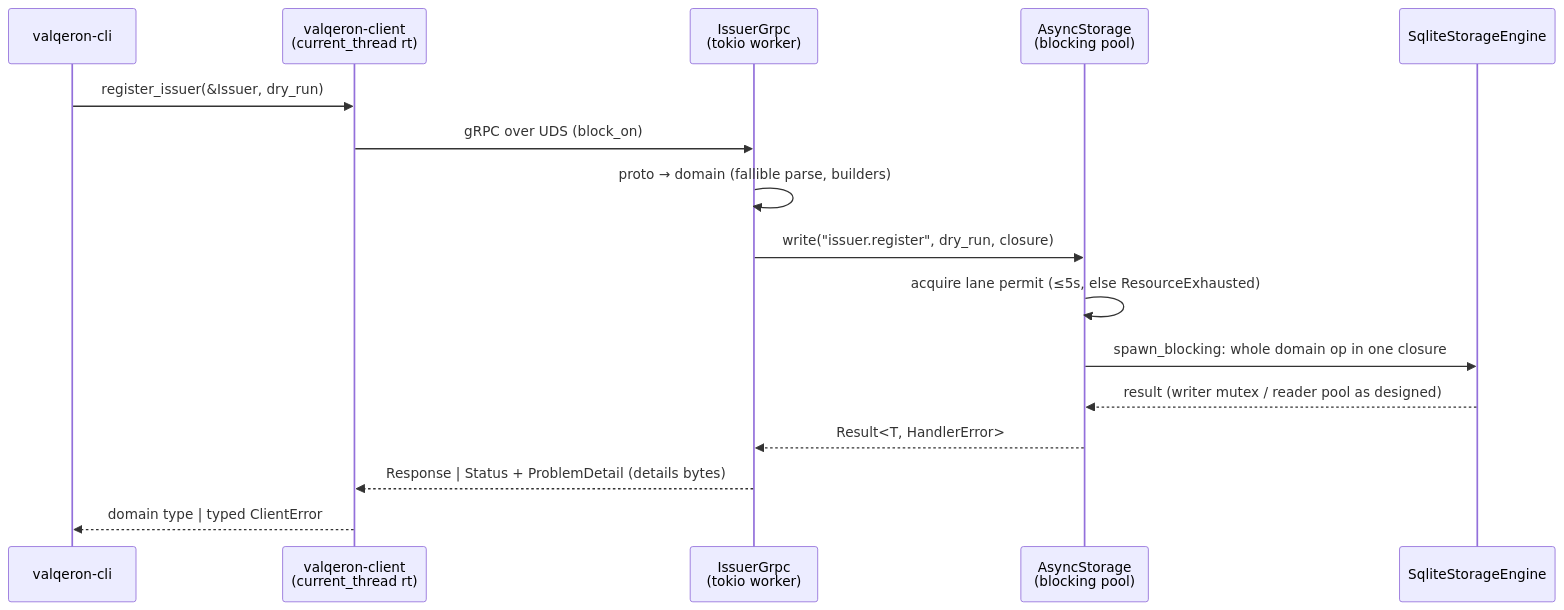
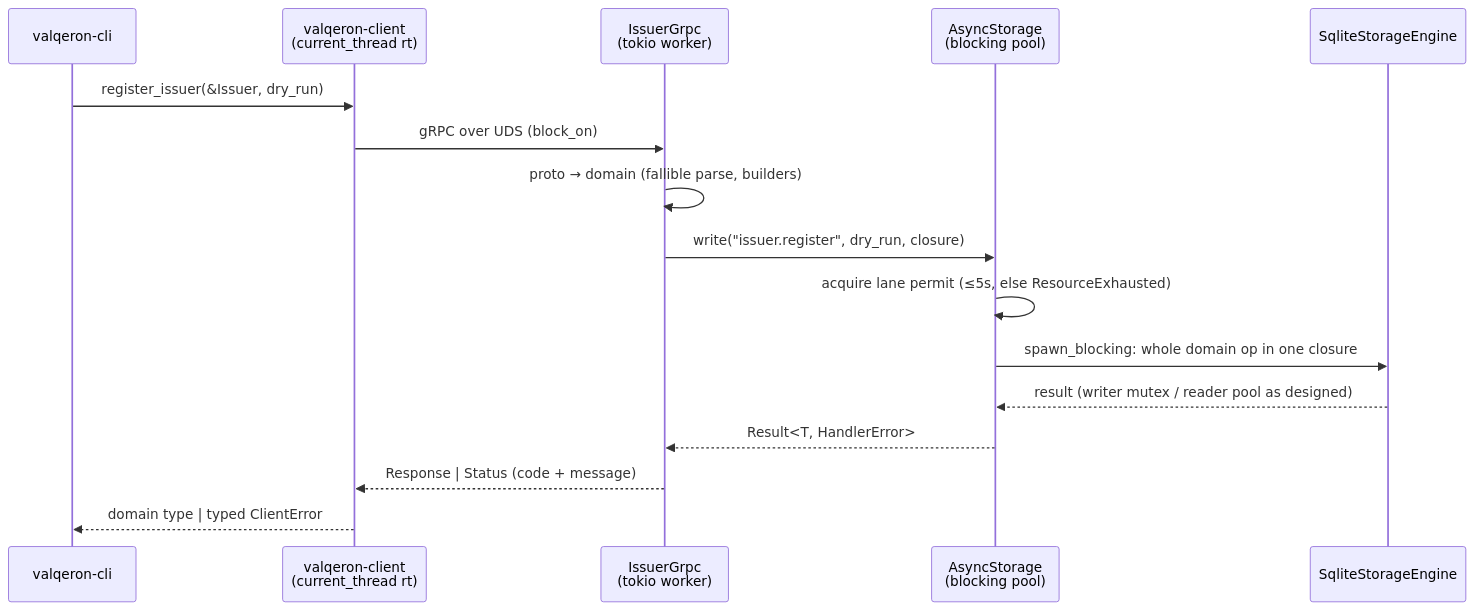
Before and after one commit to lpfmongo/valqeron: the second of 2 diagrams in docs/architecture/engine.md, drawn with Mermaid. The commit also changed other lines of this file and 21 other files, not shown here.

````diff
--- a/docs/architecture/engine.md
+++ b/docs/architecture/engine.md
@@ -77,18 +79,18 @@
 ```mermaid
 sequenceDiagram
     participant CLI as valqeron-cli
     participant CL as valqeron-client<br/>(current_thread rt)
     participant SVC as IssuerGrpc<br/>(tokio worker)
     participant AS as AsyncStorage<br/>(blocking pool)
     participant SQL as SqliteStorageEngine
     CLI ->> CL: register_issuer(&Issuer, dry_run)
     CL ->> SVC: gRPC over UDS (block_on)
     SVC ->> SVC: proto → domain (fallible parse, builders)
     SVC ->> AS: write("issuer.register", dry_run, closure)
     AS ->> AS: acquire lane permit (≤5s, else ResourceExhausted)
     AS ->> SQL: spawn_blocking: whole domain op in one closure
     SQL -->> AS: result (writer mutex / reader pool as designed)
     AS -->> SVC: Result<T, HandlerError>
-    SVC -->> CL: Response | Status + ProblemDetail (details bytes)
+    SVC -->> CL: Response | Status (code + message)
     CL -->> CLI: domain type | typed ClientError
 ```
````
